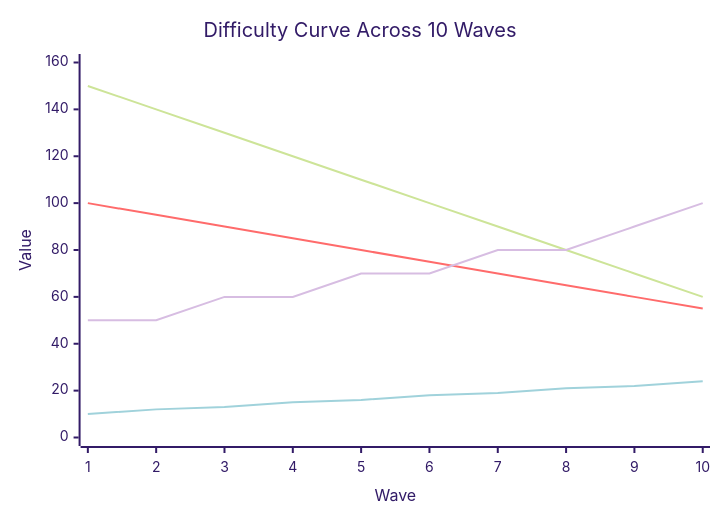
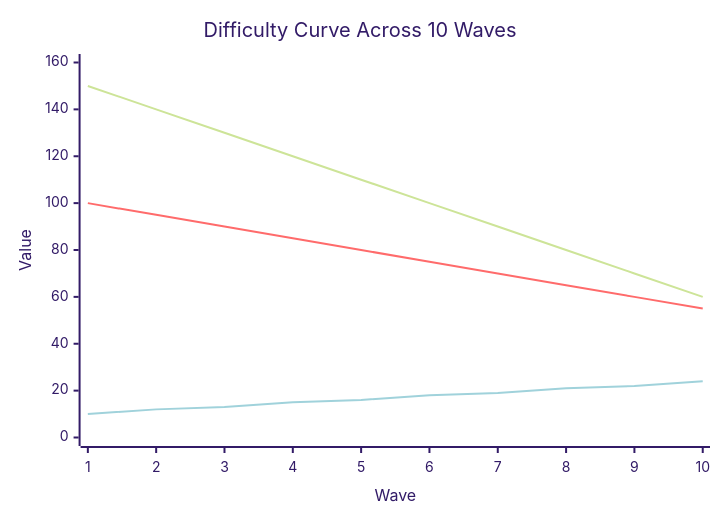
Before and after one commit to pouriamrt/algorithm-defusal-game: the third of 3 diagrams in README.md, drawn with Mermaid (forest theme). The commit also changed other lines of this file, not shown here.

First line of the commit message:
docs: streamline README — keep best diagrams, enhance text throughout

````diff
--- a/README.md
+++ b/README.md
@@ -280,10 +191,9 @@
 ```mermaid
 xychart-beta
     title "Difficulty Curve Across 10 Waves"
     x-axis "Wave" [1, 2, 3, 4, 5, 6, 7, 8, 9, 10]
     y-axis "Value" 0 --> 160
     line "Timer (s)" [150, 140, 130, 120, 110, 100, 90, 80, 70, 60]
     line "Stability" [100, 95, 90, 85, 80, 75, 70, 65, 60, 55]
     line "Penalty/err" [10, 12, 13, 15, 16, 18, 19, 21, 22, 24]
-    line "Sort elements" [50, 50, 60, 60, 70, 70, 80, 80, 90, 100]
 ```
````
